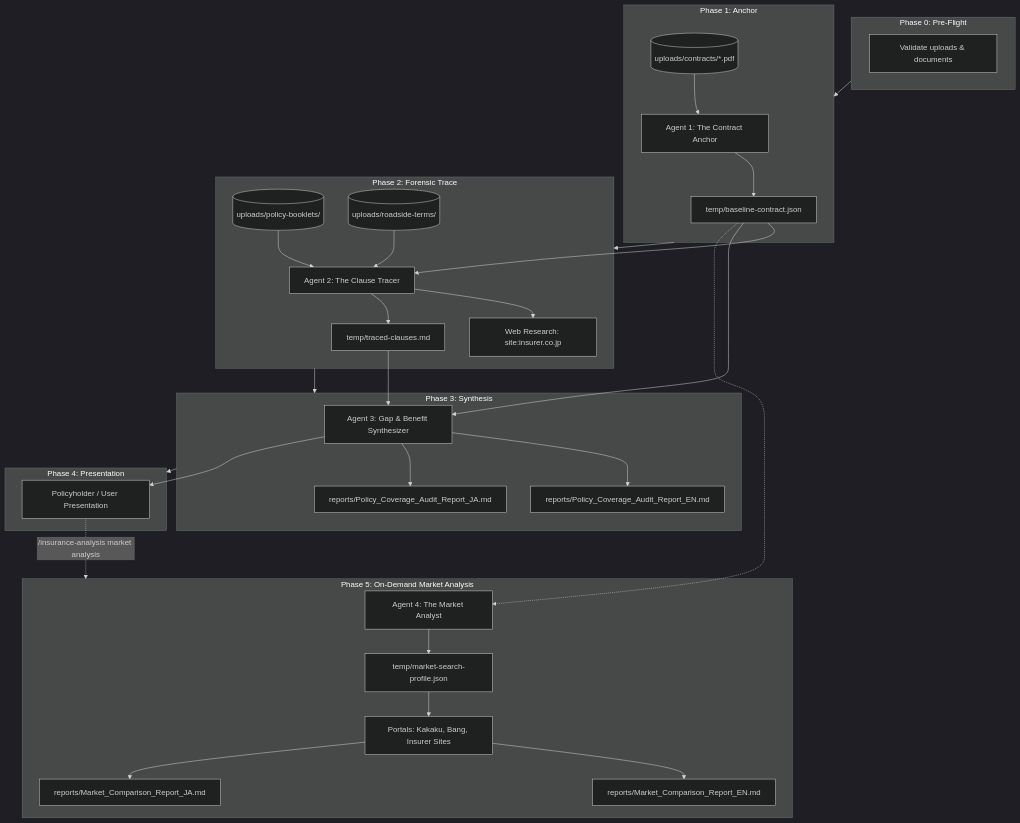
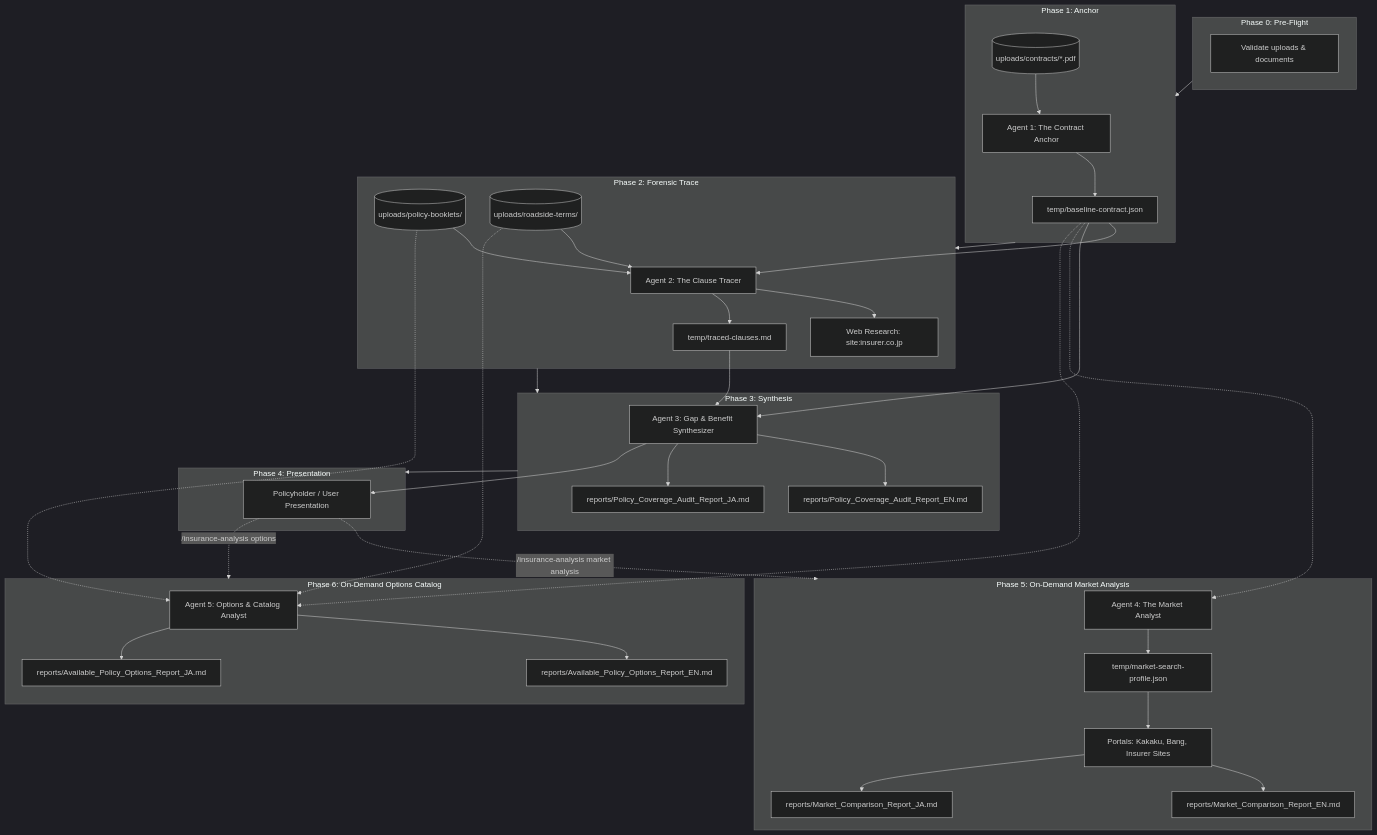
Before and after one commit to rajithst/insurance-policy-audit: the diagram in README.md, drawn with Mermaid (dark theme). The commit also changed other lines of this file and 6 other files, not shown here.

Commit message:
feat: add Agent 5 options catalog analyst, skill trigger, and reports

````diff
--- a/README.md
+++ b/README.md
@@ -33,45 +34,55 @@
 ```mermaid
 flowchart TD
     subgraph Phase0 [Phase 0: Pre-Flight]
         P0[Validate uploads & documents]
     end
 
     subgraph Phase1 [Phase 1: Anchor]
         A1[Agent 1: The Contract Anchor]
         C1[(uploads/contracts/*.pdf)] --> A1
         A1 --> JSON1[temp/baseline-contract.json]
     end
 
     subgraph Phase2 [Phase 2: Forensic Trace]
         A2[Agent 2: The Clause Tracer]
         B1[(uploads/policy-booklets/)] --> A2
         R1[(uploads/roadside-terms/)] --> A2
         JSON1 --> A2
         A2 --> WEB1[Web Research: site:insurer.co.jp]
         A2 --> TRACE[temp/traced-clauses.md]
     end
 
     subgraph Phase3 [Phase 3: Synthesis]
         A3[Agent 3: Gap & Benefit Synthesizer]
         JSON1 --> A3
         TRACE --> A3
         A3 --> REP_EN[reports/Policy_Coverage_Audit_Report_EN.md]
         A3 --> REP_JA[reports/Policy_Coverage_Audit_Report_JA.md]
     end
 
     subgraph Phase4 [Phase 4: Presentation]
         A3 --> User[Policyholder / User Presentation]
     end
 
     subgraph Phase5 [Phase 5: On-Demand Market Analysis]
         A4[Agent 4: The Market Analyst]
         JSON1 -.-> A4
         A4 --> PROF[temp/market-search-profile.json]
         PROF --> WEB2[Portals: Kakaku, Bang, Insurer Sites]
         WEB2 --> MKT_EN[reports/Market_Comparison_Report_EN.md]
         WEB2 --> MKT_JA[reports/Market_Comparison_Report_JA.md]
     end
 
+    subgraph Phase6 [Phase 6: On-Demand Options Catalog]
+        A5[Agent 5: Options & Catalog Analyst]
+        JSON1 -.-> A5
+        B1 -.-> A5
+        R1 -.-> A5
+        A5 --> OPT_EN[reports/Available_Policy_Options_Report_EN.md]
+        A5 --> OPT_JA[reports/Available_Policy_Options_Report_JA.md]
+    end
+
     Phase0 --> Phase1 --> Phase2 --> Phase3 --> Phase4
     User -.->|"/insurance-analysis market analysis"| Phase5
+    User -.->|"/insurance-analysis options"| Phase6
 ```
````
